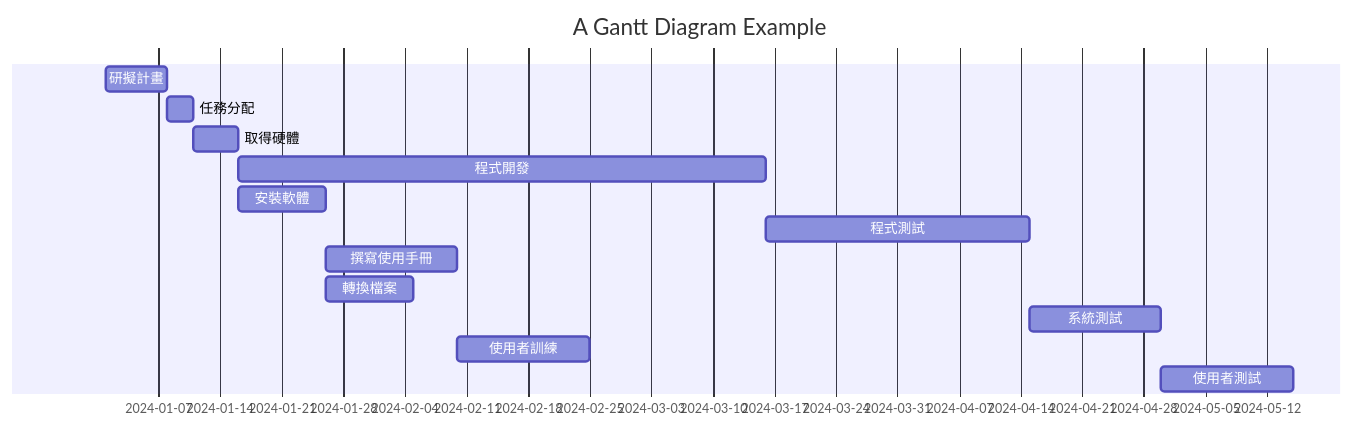
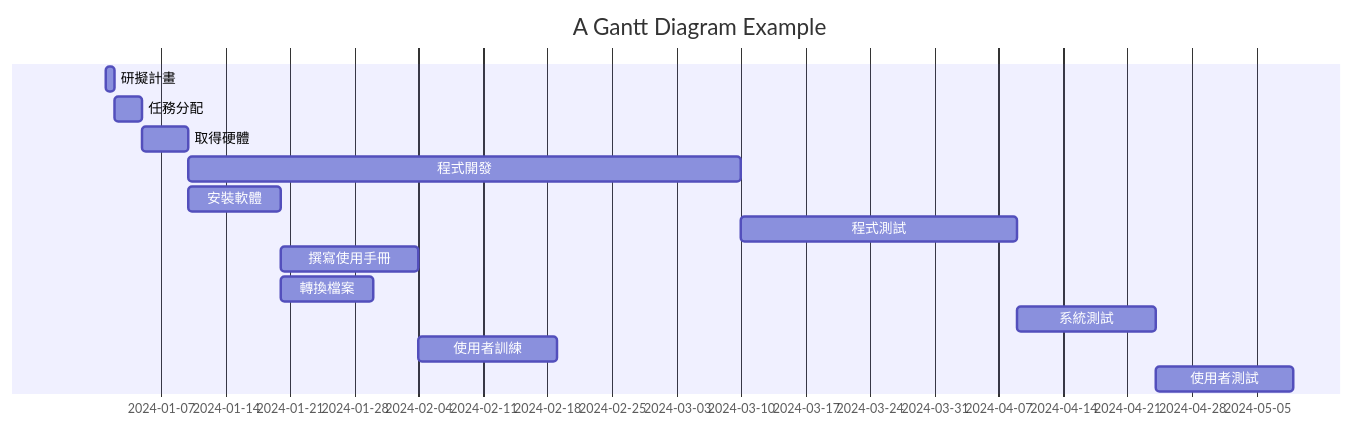
Before and after one commit to koreanfish1450/homework: the first of 2 diagrams in hw2.md, drawn with Mermaid. The commit also changed other lines of this file, not shown here.

````diff
--- a/hw2.md
+++ b/hw2.md
@@ -1,21 +1,21 @@
 ```mermaid
 gantt
     title A Gantt Diagram Example
 
     dateFormat  YYYY-MM-DD
     axisFormat  %Y-%m-%d
 
-    研擬計畫           :a1, 2024-01-01, 7d
+    研擬計畫           :a1, 2024-01-01, 1d
     任務分配           :a2, after a1, 3d
     取得硬體           :a3, after a2, 5d
 
     程式開發           :a4, after a3, 60d
     安裝軟體           :a5, after a3, 10d
 
     程式測試           :a6, after a4, 30d
     撰寫使用手冊        :a7, after a5, 15d
     轉換檔案           :a8, after a5, 10d
     系統測試           :a9, after a6, 15d
     使用者訓練         :a10, after a7, 15d
     使用者測試         :a11, after a9, 15d
 ```
````
